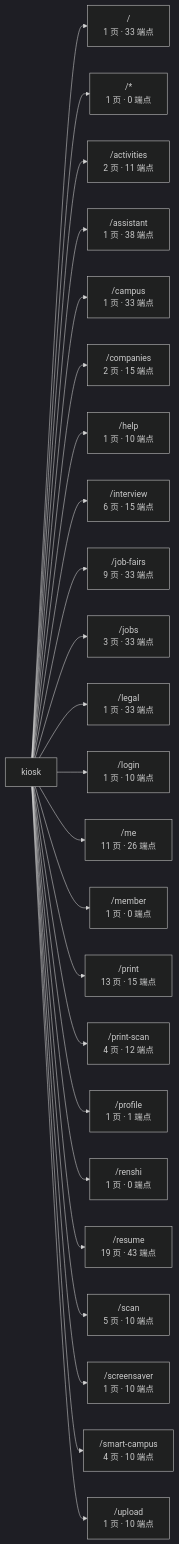
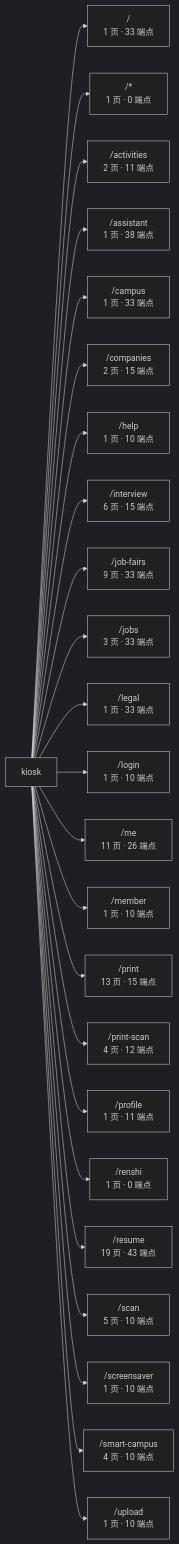
One commit to wanglei581/YITIJI changed the first of 3 diagrams in docs/graph/routes.md. Above: the diagram before and after it, drawn with Mermaid (dark theme). The commit also changed other lines of this file and 4 other files, not shown here.

Commit message:
docs(progress): AI/SMS terminal session tickets and AI outage fallbacks; regenerate graph after #1097

````diff
--- a/docs/graph/routes.md
+++ b/docs/graph/routes.md
@@ -17,27 +17,27 @@
 ```mermaid
 flowchart LR
   app["kiosk"]
   app --> _root_["/<br/>1 页 · 33 端点"]
   app --> _["/*<br/>1 页 · 0 端点"]
   app --> activities["/activities<br/>2 页 · 11 端点"]
   app --> assistant["/assistant<br/>1 页 · 38 端点"]
   app --> campus["/campus<br/>1 页 · 33 端点"]
   app --> companies["/companies<br/>2 页 · 15 端点"]
   app --> help["/help<br/>1 页 · 10 端点"]
   app --> interview["/interview<br/>6 页 · 15 端点"]
   app --> job_fairs["/job-fairs<br/>9 页 · 33 端点"]
   app --> jobs["/jobs<br/>3 页 · 33 端点"]
   app --> legal["/legal<br/>1 页 · 33 端点"]
   app --> login["/login<br/>1 页 · 10 端点"]
   app --> me["/me<br/>11 页 · 26 端点"]
-  app --> member["/member<br/>1 页 · 0 端点"]
+  app --> member["/member<br/>1 页 · 10 端点"]
   app --> print["/print<br/>13 页 · 15 端点"]
   app --> print_scan["/print-scan<br/>4 页 · 12 端点"]
-  app --> profile["/profile<br/>1 页 · 1 端点"]
+  app --> profile["/profile<br/>1 页 · 11 端点"]
   app --> renshi["/renshi<br/>1 页 · 0 端点"]
   app --> resume["/resume<br/>19 页 · 43 端点"]
   app --> scan["/scan<br/>5 页 · 10 端点"]
   app --> screensaver["/screensaver<br/>1 页 · 10 端点"]
   app --> smart_campus["/smart-campus<br/>4 页 · 10 端点"]
   app --> upload["/upload<br/>1 页 · 10 端点"]
 ```
````
